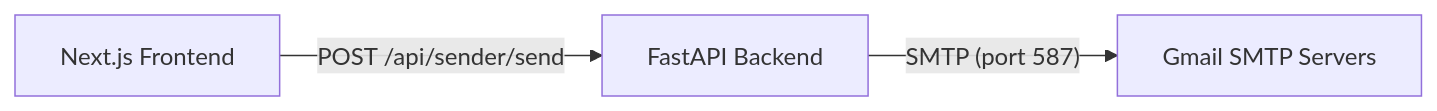
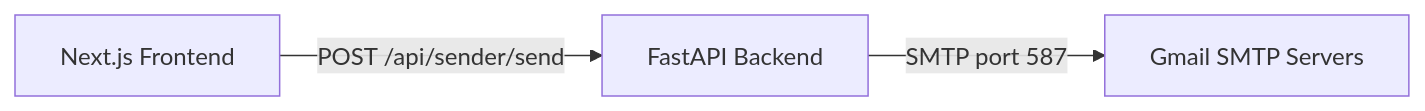
One commit to Harsh-karn/Extremis changed the second of 2 diagrams in README.md. Above: the diagram before and after it, drawn with Mermaid. The commit also changed other lines of this file, not shown here.

Commit message:
docs: Fix architecture mermaid diagram syntax and add emoji

````diff
--- a/README.md
+++ b/README.md
@@ -55,5 +55,5 @@
 ```mermaid
 flowchart LR
-    A[Next.js Frontend] -- POST /api/sender/send --> B[FastAPI Backend]
-    B -- SMTP (port 587) --> C[Gmail SMTP Servers]
+    A[Next.js Frontend] -->|POST /api/sender/send| B[FastAPI Backend]
+    B -->|SMTP port 587| C[Gmail SMTP Servers]
 ```
````
